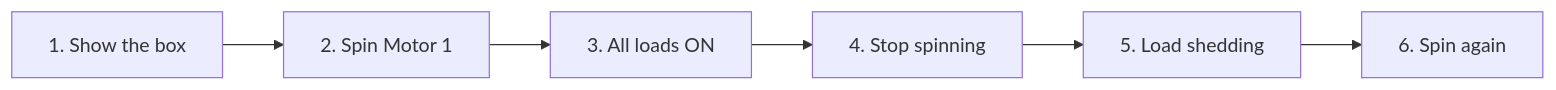
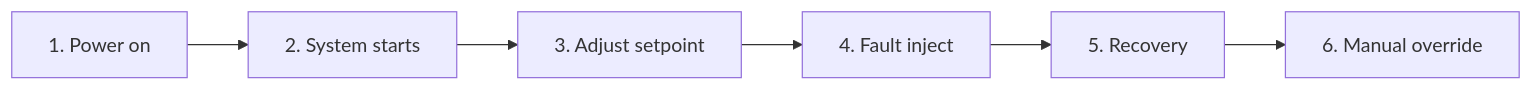
Before and after one commit to doyun-gu/hack-a-bot-2026: the tenth of 11 diagrams in docs/gridbox-proposal.md, drawn with Mermaid. The commit also changed other lines of this file, not shown here.

First line of the commit message:
Revise GridBox: power input assumed, motors as actuators

````diff
--- a/docs/gridbox-proposal.md
+++ b/docs/gridbox-proposal.md
@@ -515,8 +422,8 @@
 ```mermaid
 graph LR
-    D1[1. Show the box] --> D2[2. Spin Motor 1]
-    D2 --> D3[3. All loads ON]
-    D3 --> D4[4. Stop spinning]
-    D4 --> D5[5. Load shedding]
-    D5 --> D6[6. Spin again]
+    D1[1. Power on] --> D2[2. System starts]
+    D2 --> D3[3. Adjust setpoint]
+    D3 --> D4[4. Fault inject]
+    D4 --> D5[5. Recovery]
+    D5 --> D6[6. Manual override]
 ```
````
